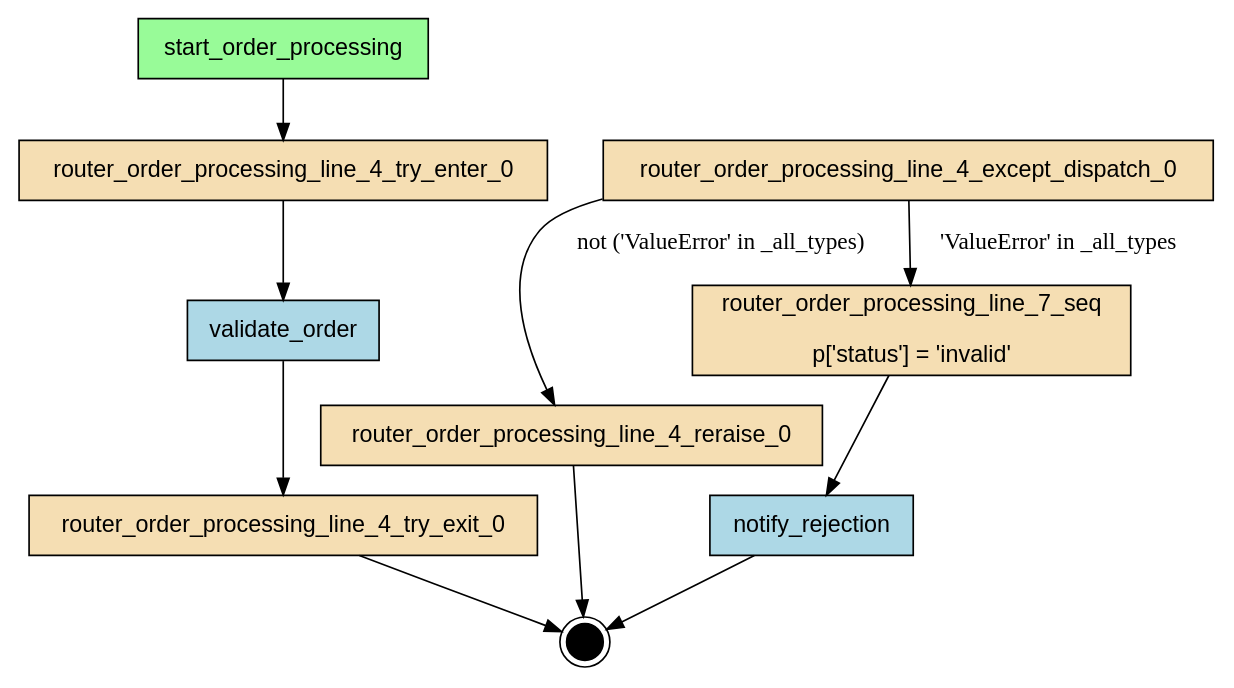
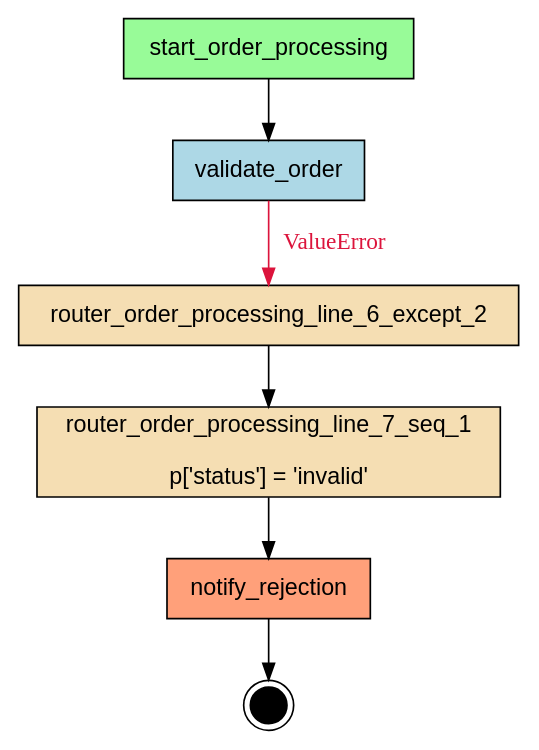
Before and after one commit to deliveryhero/asya: the diagram in examples/flows/compiled/try_except_simple/flow.dot, drawn with Graphviz. The commit also changed 39 other files, not shown here.

First line of the commit message:
chore: enable try/except flow compilation in pre-commit hook

```diff
--- a/examples/flows/compiled/try_except_simple/flow.dot
+++ b/examples/flows/compiled/try_except_simple/flow.dot
@@ -1,27 +1,20 @@
-digraph "try_except_simple" {
+digraph "order_processing" {
     rankdir=TB;
     node [shape=box, style=filled, fontname="Helvetica"];
 
     { rank=source; start_order_processing; }
 
-    notify_rejection [label="notify_rejection", fillcolor=lightblue];
-    router_order_processing_line_4_except_dispatch_0 [label="router_order_processing_line_4_except_dispatch_0", fillcolor=wheat];
-    router_order_processing_line_4_reraise_0 [label="router_order_processing_line_4_reraise_0", fillcolor=wheat];
-    router_order_processing_line_4_try_enter_0 [label="router_order_processing_line_4_try_enter_0", fillcolor=wheat];
-    router_order_processing_line_4_try_exit_0 [label="router_order_processing_line_4_try_exit_0", fillcolor=wheat];
-    router_order_processing_line_7_seq [label="router_order_processing_line_7_seq\n\np['status'] = 'invalid'", fillcolor=wheat];
+    notify_rejection [label="notify_rejection", fillcolor=lightsalmon];
+    router_order_processing_line_6_except_2 [label="router_order_processing_line_6_except_2", fillcolor=wheat];
+    router_order_processing_line_7_seq_1 [label="router_order_processing_line_7_seq_1\n\np['status'] = 'invalid'", fillcolor=wheat];
     start_order_processing [label="start_order_processing", fillcolor=palegreen];
     validate_order [label="validate_order", fillcolor=lightblue];
 
     __end__ [label="", shape=doublecircle, fillcolor=black, width=0.3, fixedsize=true];
 
-    start_order_processing -> router_order_processing_line_4_try_enter_0;
-    router_order_processing_line_7_seq -> notify_rejection;
-    router_order_processing_line_4_try_enter_0 -> validate_order;
-    validate_order -> router_order_processing_line_4_try_exit_0;
-    router_order_processing_line_4_except_dispatch_0 -> router_order_processing_line_7_seq [label="'ValueError' in _all_types"];
-    router_order_processing_line_4_except_dispatch_0 -> router_order_processing_line_4_reraise_0 [label="not ('ValueError' in _all_types)"];
+    start_order_processing -> validate_order;
+    router_order_processing_line_7_seq_1 -> notify_rejection;
+    router_order_processing_line_6_except_2 -> router_order_processing_line_7_seq_1;
+    validate_order -> router_order_processing_line_6_except_2 [label="ValueError", color="#DC143C", fontcolor="#DC143C"];
     notify_rejection -> __end__;
-    router_order_processing_line_4_reraise_0 -> __end__;
-    router_order_processing_line_4_try_exit_0 -> __end__;
 }
```
